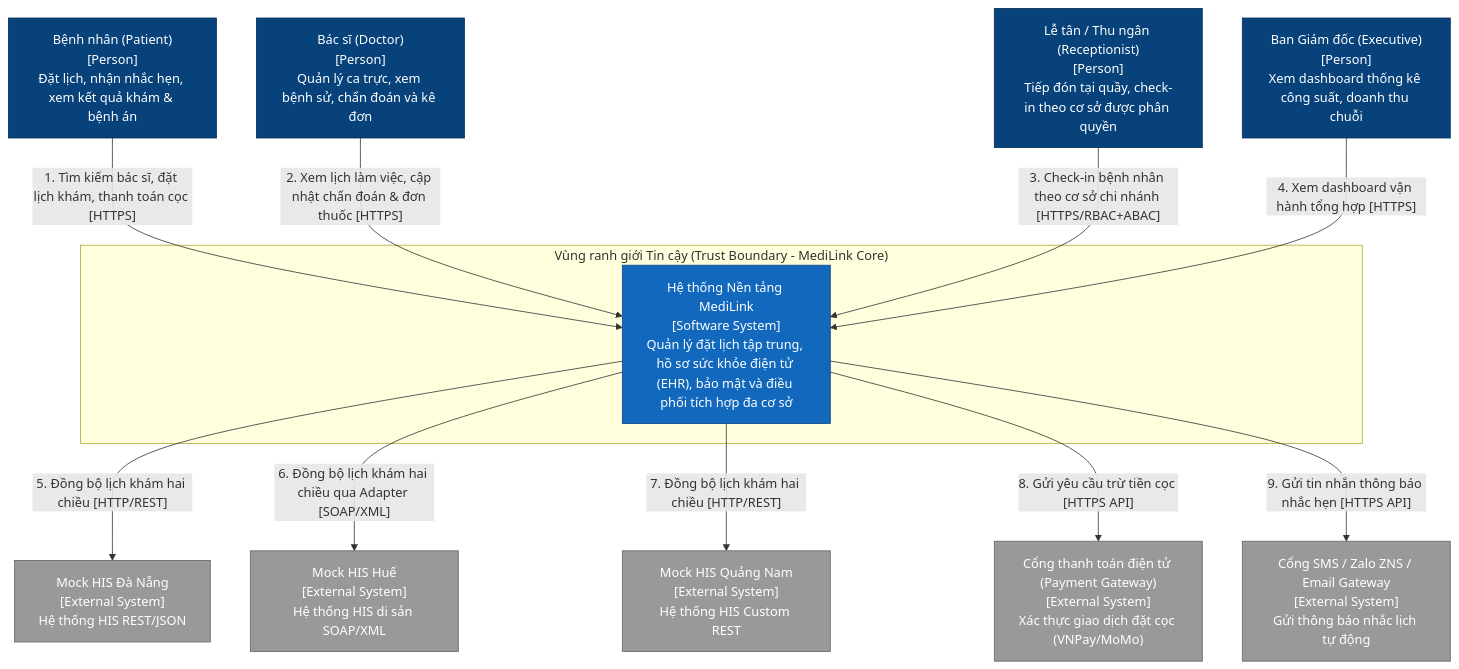
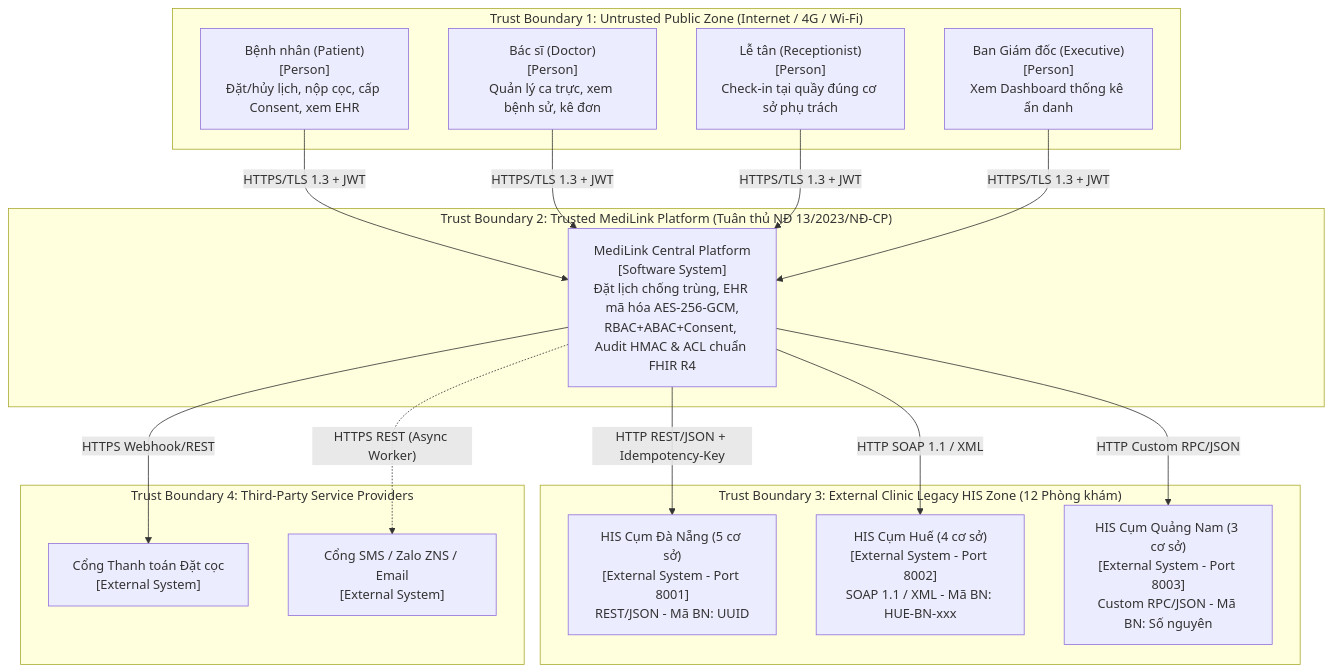
Before and after one commit to Baohy-14/-SE403-Group-Project: the first of 5 diagrams in docs/m2-architecture-design.md, drawn with Mermaid. The commit also changed other lines of this file and 23 other files, not shown here.

Commit message:
docs(architecture): cap nhat day du ho so M0-M5, 7 ADRs (v2 Outbox/ObjectStorage) va 6 so do C4

````diff
--- a/docs/m2-architecture-design.md
+++ b/docs/m2-architecture-design.md
@@ -107,33 +103,35 @@
 ```mermaid
-graph TD
-    classDef person fill:#08427b,stroke:#052d56,color:#fff;
-    classDef system fill:#1168bd,stroke:#0b4884,color:#fff;
-    classDef extSystem fill:#999999,stroke:#666666,color:#fff;
-    classDef boundary fill:none,stroke:#444,stroke-width:2px,stroke-dasharray: 5 5;
-
-    subgraph TrustBoundary[" Vùng ranh giới Tin cậy (Trust Boundary - MediLink Core) "]
-        MediLink["Hệ thống Nền tảng MediLink<br/>[Software System]<br/>Quản lý đặt lịch tập trung, hồ sơ sức khỏe điện tử (EHR), bảo mật và điều phối tích hợp đa cơ sở"]:::system
+flowchart TB
+    subgraph TB1["Trust Boundary 1: Untrusted Public Zone (Internet / 4G / Wi-Fi)"]
+        Patient["Bệnh nhân (Patient)<br/>[Person]<br/>Đặt/hủy lịch, nộp cọc, cấp Consent, xem EHR"]
+        Doctor["Bác sĩ (Doctor)<br/>[Person]<br/>Quản lý ca trực, xem bệnh sử, kê đơn"]
+        Receptionist["Lễ tân (Receptionist)<br/>[Person]<br/>Check-in tại quầy đúng cơ sở phụ trách"]
+        Director["Ban Giám đốc (Executive)<br/>[Person]<br/>Xem Dashboard thống kê ẩn danh"]
     end
 
-    Patient["Bệnh nhân (Patient)<br/>[Person]<br/>Đặt lịch, nhận nhắc hẹn, xem kết quả khám & bệnh án"]:::person
-    Doctor["Bác sĩ (Doctor)<br/>[Person]<br/>Quản lý ca trực, xem bệnh sử, chẩn đoán và kê đơn"]:::person
-    Receptionist["Lễ tân / Thu ngân (Receptionist)<br/>[Person]<br/>Tiếp đón tại quầy, check-in theo cơ sở được phân quyền"]:::person
-    Director["Ban Giám đốc (Executive)<br/>[Person]<br/>Xem dashboard thống kê công suất, doanh thu chuỗi"]:::person
+    subgraph TB2["Trust Boundary 2: Trusted MediLink Platform (Tuân thủ NĐ 13/2023/NĐ-CP)"]
+        MediLink["MediLink Central Platform<br/>[Software System]<br/>Đặt lịch chống trùng, EHR mã hóa AES-256-GCM,<br/>RBAC+ABAC+Consent, Audit HMAC & ACL chuẩn FHIR R4"]
+    end
 
-    HIS_A["Mock HIS Đà Nẵng<br/>[External System]<br/>Hệ thống HIS REST/JSON"]:::extSystem
-    HIS_B["Mock HIS Huế<br/>[External System]<br/>Hệ thống HIS di sản SOAP/XML"]:::extSystem
-    HIS_C["Mock HIS Quảng Nam<br/>[External System]<br/>Hệ thống HIS Custom REST"]:::extSystem
-    PaymentGateway["Cổng thanh toán điện tử (Payment Gateway)<br/>[External System]<br/>Xác thực giao dịch đặt cọc (VNPay/MoMo)"]:::extSystem
-    NotificationGateways["Cổng SMS / Zalo ZNS / Email Gateway<br/>[External System]<br/>Gửi thông báo nhắc lịch tự động"]:::extSystem
+    subgraph TB3["Trust Boundary 3: External Clinic Legacy HIS Zone (12 Phòng khám)"]
+        HIS_DN["HIS Cụm Đà Nẵng (5 cơ sở)<br/>[External System - Port 8001]<br/>REST/JSON - Mã BN: UUID"]
+        HIS_HUE["HIS Cụm Huế (4 cơ sở)<br/>[External System - Port 8002]<br/>SOAP 1.1 / XML - Mã BN: HUE-BN-xxx"]
+        HIS_QN["HIS Cụm Quảng Nam (3 cơ sở)<br/>[External System - Port 8003]<br/>Custom RPC/JSON - Mã BN: Số nguyên"]
+    end
 
-    Patient -->|"1. Tìm kiếm bác sĩ, đặt lịch khám, thanh toán cọc [HTTPS]"| MediLink
-    Doctor -->|"2. Xem lịch làm việc, cập nhật chẩn đoán & đơn thuốc [HTTPS]"| MediLink
-    Receptionist -->|"3. Check-in bệnh nhân theo cơ sở chi nhánh [HTTPS/RBAC+ABAC]"| MediLink
-    Director -->|"4. Xem dashboard vận hành tổng hợp [HTTPS]"| MediLink
+    subgraph TB4["Trust Boundary 4: Third-Party Service Providers"]
+        PayGW["Cổng Thanh toán Đặt cọc<br/>[External System]"]
+        NotifGW["Cổng SMS / Zalo ZNS / Email<br/>[External System]"]
+    end
 
-    MediLink -->|"5. Đồng bộ lịch khám hai chiều [HTTP/REST]"| HIS_A
-    MediLink -->|"6. Đồng bộ lịch khám hai chiều qua Adapter [SOAP/XML]"| HIS_B
-    MediLink -->|"7. Đồng bộ lịch khám hai chiều [HTTP/REST]"| HIS_C
-    MediLink -->|"8. Gửi yêu cầu trừ tiền cọc [HTTPS API]"| PaymentGateway
-    MediLink -->|"9. Gửi tin nhắn thông báo nhắc hẹn [HTTPS API]"| NotificationGateways
+    Patient -->|"HTTPS/TLS 1.3 + JWT"| MediLink
+    Doctor -->|"HTTPS/TLS 1.3 + JWT"| MediLink
+    Receptionist -->|"HTTPS/TLS 1.3 + JWT"| MediLink
+    Director -->|"HTTPS/TLS 1.3 + JWT"| MediLink
+
+    MediLink -->|"HTTP REST/JSON + Idempotency-Key"| HIS_DN
+    MediLink -->|"HTTP SOAP 1.1 / XML"| HIS_HUE
+    MediLink -->|"HTTP Custom RPC/JSON"| HIS_QN
+    MediLink -->|"HTTPS Webhook/REST"| PayGW
+    MediLink -.->|"HTTPS REST (Async Worker)"| NotifGW
 ```
````
